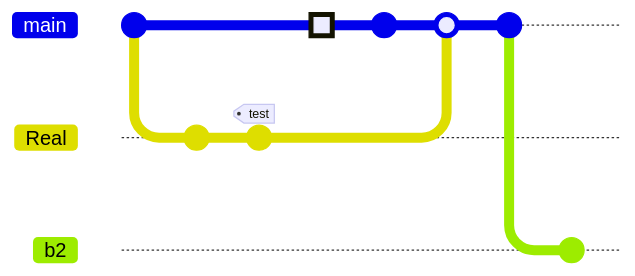
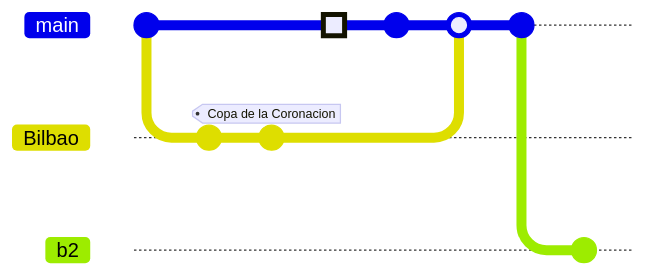
The diagram in README.md (sarnobat/atleticomadrid), drawn with Mermaid before and after one commit. Commit ids are hidden.

````diff
--- a/README.md
+++ b/README.md
@@ -6,15 +6,15 @@
 ```mermaid
 gitGraph:
     commit "Ashish"
-    branch Real
-    checkout Real
-    commit id:"1111"
-    commit tag:"test"
+    branch Bilbao
+    checkout Bilbao
+    commit id:"1903"
+    commit tag:"Copa de la Coronacion"
     checkout main
     commit type: HIGHLIGHT
     commit
-    merge Real
+    merge Bilbao
     commit
     branch b2
     commit
 ```
````
